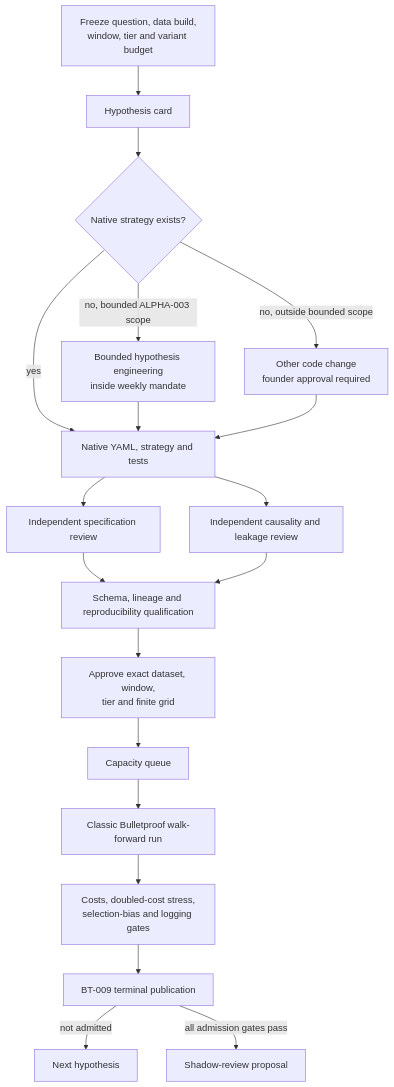
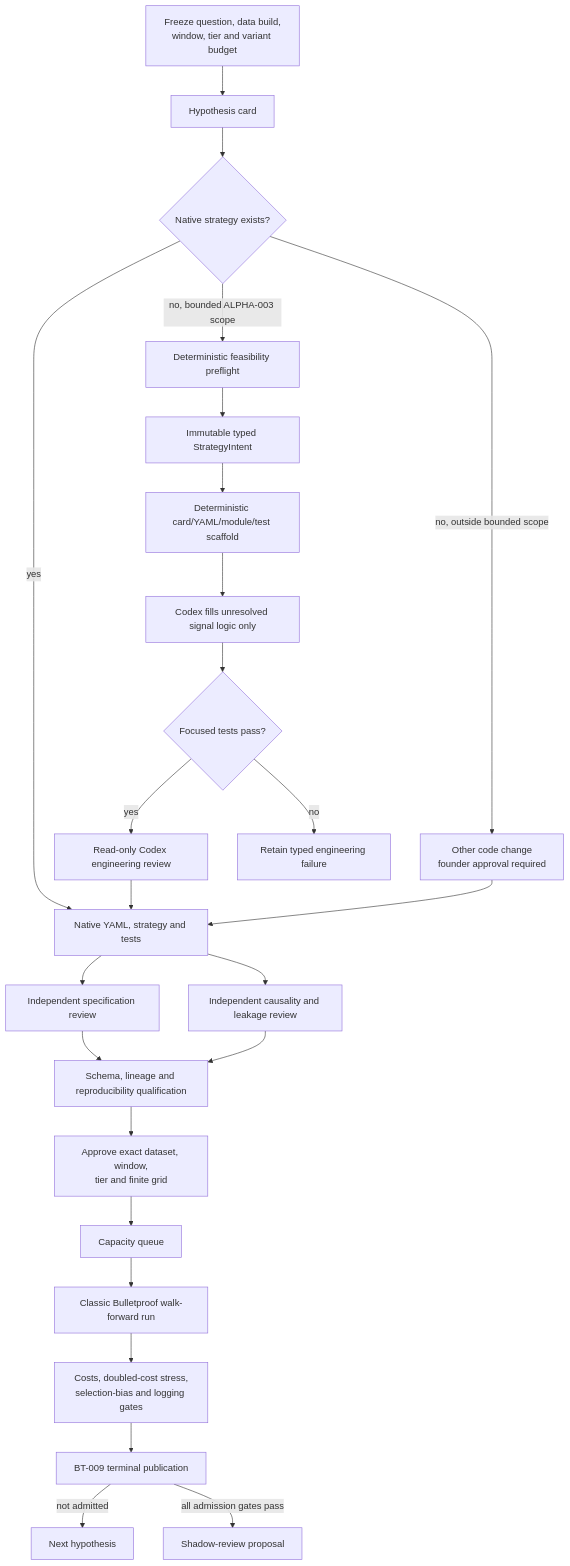
Diagram 15 of 26 in docs/book-xi-agent-workflow-atlas.md (Chinedum-iwueke/swarm-control-plane), drawn with Mermaid before and after one commit. The commit also changed other lines of this file and 16 other files, not shown here.

Commit message:
feat: gate strategy engineering through typed scaffolds

````diff
--- a/docs/book-xi-agent-workflow-atlas.md
+++ b/docs/book-xi-agent-workflow-atlas.md
@@ -481,31 +481,38 @@
 ```mermaid
 flowchart TB
     Freeze[Freeze question, data build,<br/>window, tier and variant budget]
     Card[Hypothesis card]
     Known{Native strategy exists?}
-    Engineer[Bounded hypothesis engineering<br/>inside weekly mandate]
+    Preflight[Deterministic feasibility preflight]
+    Intent[Immutable typed StrategyIntent]
+    Scaffold[Deterministic card/YAML/module/test scaffold]
+    Engineer[Codex fills unresolved signal logic only]
+    Correct{Focused tests pass?}
+    CodexReview[Read-only Codex engineering review]
     ExternalEngineer[Other code change<br/>founder approval required]
     Bundle[Native YAML, strategy and tests]
     SpecReview[Independent specification review]
     CausalReview[Independent causality and leakage review]
     Qualify[Schema, lineage and reproducibility qualification]
     ExecutionApproval[Approve exact dataset, window,<br/>tier and finite grid]
     Queue[Capacity queue]
     Backtest[Classic Bulletproof walk-forward run]
     Audit[Costs, doubled-cost stress,<br/>selection-bias and logging gates]
     Publish[BT-009 terminal publication]
     Next[Next hypothesis]
     Shadow[Shadow-review proposal]
 
     Freeze --> Card --> Known
     Known -->|yes| Bundle
-    Known -->|no, bounded ALPHA-003 scope| Engineer --> Bundle
+    Known -->|no, bounded ALPHA-003 scope| Preflight --> Intent --> Scaffold --> Engineer --> Correct
+    Correct -->|yes| CodexReview --> Bundle
+    Correct -->|no| Reject[Retain typed engineering failure]
     Known -->|no, outside bounded scope| ExternalEngineer --> Bundle
     Bundle --> SpecReview
     Bundle --> CausalReview
     SpecReview --> Qualify
     CausalReview --> Qualify
     Qualify --> ExecutionApproval --> Queue --> Backtest --> Audit --> Publish
     Publish -->|not admitted| Next
     Publish -->|all admission gates pass| Shadow
 ```
````
